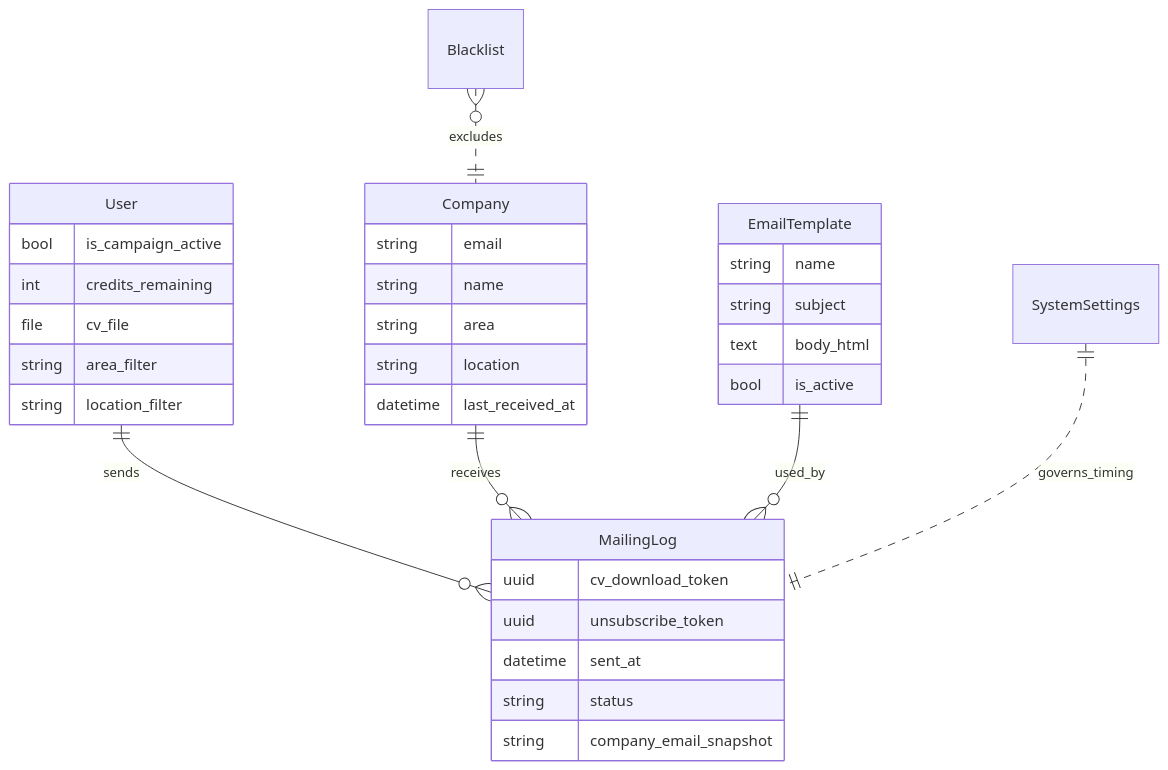
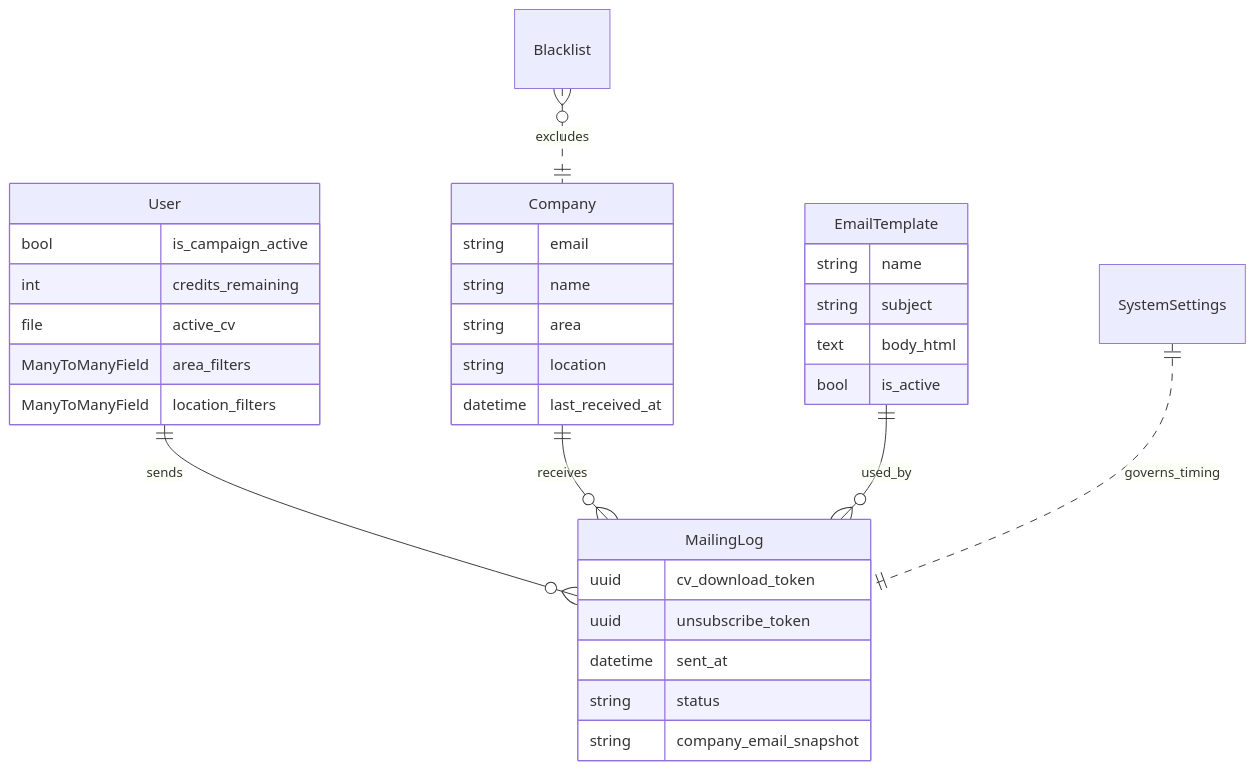
The first of 2 diagrams in docs/features/mailing-engine.md (darideveloper/fastjob), drawn with Mermaid before and after one commit. The commit also changed 35 other files, not shown here.

First line of the commit message:
feat(accounts): allow multiple area and location filters

````diff
--- a/docs/features/mailing-engine.md
+++ b/docs/features/mailing-engine.md
@@ -55,36 +55,36 @@
 ```mermaid
 erDiagram
     User ||--o{ MailingLog : sends
     Company ||--o{ MailingLog : receives
     EmailTemplate ||--o{ MailingLog : used_by
     Blacklist }o..|| Company : excludes
     SystemSettings ||..|| MailingLog : governs_timing
 
     User {
         bool is_campaign_active
         int credits_remaining
-        file cv_file
-        string area_filter
-        string location_filter
+        file active_cv
+        ManyToManyField area_filters
+        ManyToManyField location_filters
     }
     Company {
         string email
         string name
         string area
         string location
         datetime last_received_at
     }
     EmailTemplate {
         string name
         string subject
         text body_html
         bool is_active
     }
     MailingLog {
         uuid cv_download_token
         uuid unsubscribe_token
         datetime sent_at
         string status
         string company_email_snapshot
     }
 ```
````
